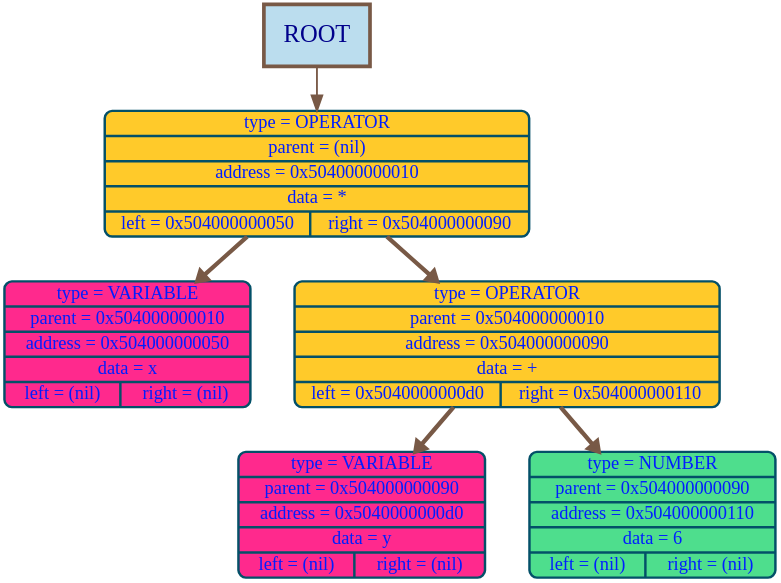
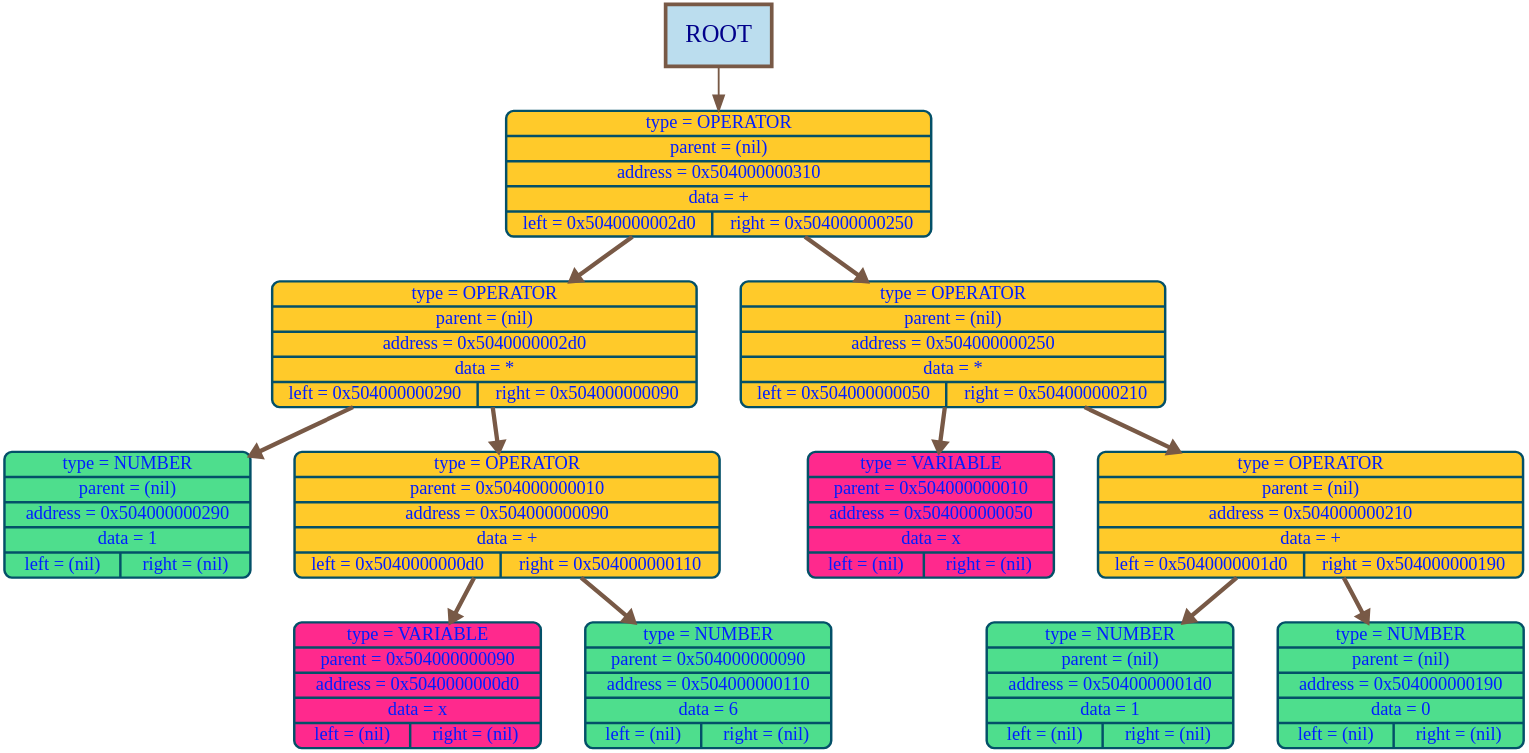
One commit to timoko3/diffirenciator changed the diagram in graphDumps/graphDump.dot. Above: the diagram before and after it, drawn with Graphviz. The commit also changed 27 other files, not shown here.

```diff
--- a/graphDumps/graphDump.dot
+++ b/graphDumps/graphDump.dot
@@ -1,18 +1,30 @@
 digraph G {
 bgcolor="transparent"
 nodesep = 1;
 ranksep = 1
 	node [shape=Mrecord, style="filled", fillcolor="#70c07cff", fontcolor="#001effff", color="#035068ff", penwidth=4, fontname="Menlo", fontsize=30];
 
-	node16 [label="{type = OPERATOR | parent = (nil) | address = 0x504000000010 | data = * | {left = 0x504000000050 | right = 0x504000000090}} ", fillcolor="#ffca2aff"];
+	node784 [label="{type = OPERATOR | parent = (nil) | address = 0x504000000310 | data = + | {left = 0x5040000002d0 | right = 0x504000000250}} ", fillcolor="#ffca2aff"];
+	node720 [label="{type = OPERATOR | parent = (nil) | address = 0x5040000002d0 | data = * | {left = 0x504000000290 | right = 0x504000000090}} ", fillcolor="#ffca2aff"];
+	node656 [label="{type = NUMBER | parent = (nil) | address = 0x504000000290 | data = 1 | {left = (nil) | right = (nil)}} ", fillcolor="#4ede8dff"];
+	node144 [label="{type = OPERATOR | parent = 0x504000000010 | address = 0x504000000090 | data = + | {left = 0x5040000000d0 | right = 0x504000000110}} ", fillcolor="#ffca2aff"];
+	node208 [label="{type = VARIABLE | parent = 0x504000000090 | address = 0x5040000000d0 | data = x | {left = (nil) | right = (nil)}} ", fillcolor="#ff298dff"];
+	node272 [label="{type = NUMBER | parent = 0x504000000090 | address = 0x504000000110 | data = 6 | {left = (nil) | right = (nil)}} ", fillcolor="#4ede8dff"];
+	node592 [label="{type = OPERATOR | parent = (nil) | address = 0x504000000250 | data = * | {left = 0x504000000050 | right = 0x504000000210}} ", fillcolor="#ffca2aff"];
 	node80 [label="{type = VARIABLE | parent = 0x504000000010 | address = 0x504000000050 | data = x | {left = (nil) | right = (nil)}} ", fillcolor="#ff298dff"];
-	node144 [label="{type = OPERATOR | parent = 0x504000000010 | address = 0x504000000090 | data = + | {left = 0x5040000000d0 | right = 0x504000000110}} ", fillcolor="#ffca2aff"];
-	node208 [label="{type = VARIABLE | parent = 0x504000000090 | address = 0x5040000000d0 | data = y | {left = (nil) | right = (nil)}} ", fillcolor="#ff298dff"];
-	node272 [label="{type = NUMBER | parent = 0x504000000090 | address = 0x504000000110 | data = 6 | {left = (nil) | right = (nil)}} ", fillcolor="#4ede8dff"];
-node16 ->node80 [color="#785946ff", arrowsize=1.5, penwidth=7, weight=1000];
-node16->node144 [color="#785946ff", arrowsize=1.5, penwidth=7, weight=1000];
+	node528 [label="{type = OPERATOR | parent = (nil) | address = 0x504000000210 | data = + | {left = 0x5040000001d0 | right = 0x504000000190}} ", fillcolor="#ffca2aff"];
+	node464 [label="{type = NUMBER | parent = (nil) | address = 0x5040000001d0 | data = 1 | {left = (nil) | right = (nil)}} ", fillcolor="#4ede8dff"];
+	node400 [label="{type = NUMBER | parent = (nil) | address = 0x504000000190 | data = 0 | {left = (nil) | right = (nil)}} ", fillcolor="#4ede8dff"];
+node784 ->node720 [color="#785946ff", arrowsize=1.5, penwidth=7, weight=1000];
+node720 ->node656 [color="#785946ff", arrowsize=1.5, penwidth=7, weight=1000];
+node720->node144 [color="#785946ff", arrowsize=1.5, penwidth=7, weight=1000];
 node144 ->node208 [color="#785946ff", arrowsize=1.5, penwidth=7, weight=1000];
 node144->node272 [color="#785946ff", arrowsize=1.5, penwidth=7, weight=1000];
+node784->node592 [color="#785946ff", arrowsize=1.5, penwidth=7, weight=1000];
+node592 ->node80 [color="#785946ff", arrowsize=1.5, penwidth=7, weight=1000];
+node592->node528 [color="#785946ff", arrowsize=1.5, penwidth=7, weight=1000];
+node528 ->node464 [color="#785946ff", arrowsize=1.5, penwidth=7, weight=1000];
+node528->node400 [color="#785946ff", arrowsize=1.5, penwidth=7, weight=1000];
 root_label [shape=box, width = 2.4, height = 1.4, label="ROOT", style="filled", fillcolor="#BBDDEE", color="#785946ff", penwidth = 6,  fontcolor="darkblue", fontsize = 40];
-root_label -> node16 [color="#785946ff"  , arrowsize=2.5, penwidth=3];
+root_label -> node784 [color="#785946ff"  , arrowsize=2.5, penwidth=3];
 }
```
